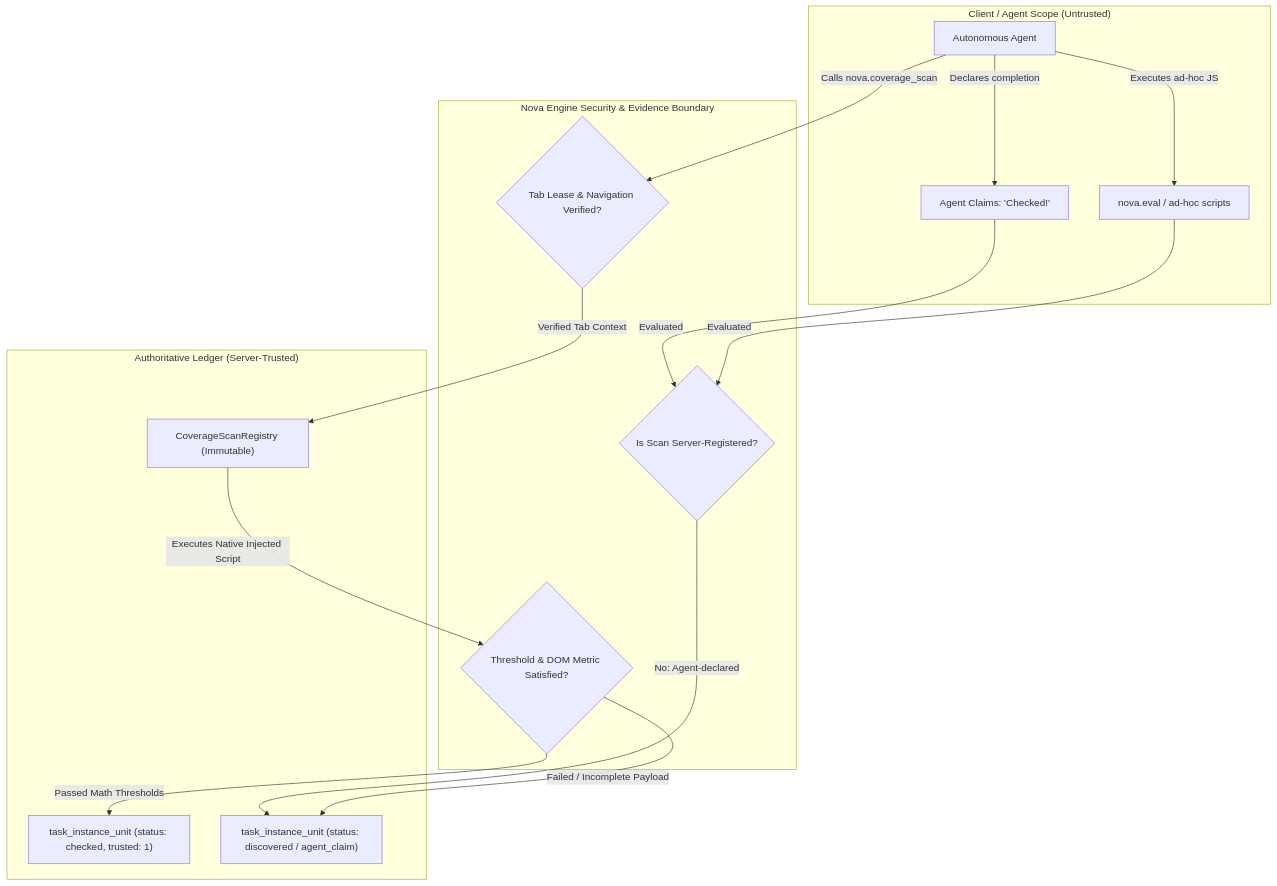
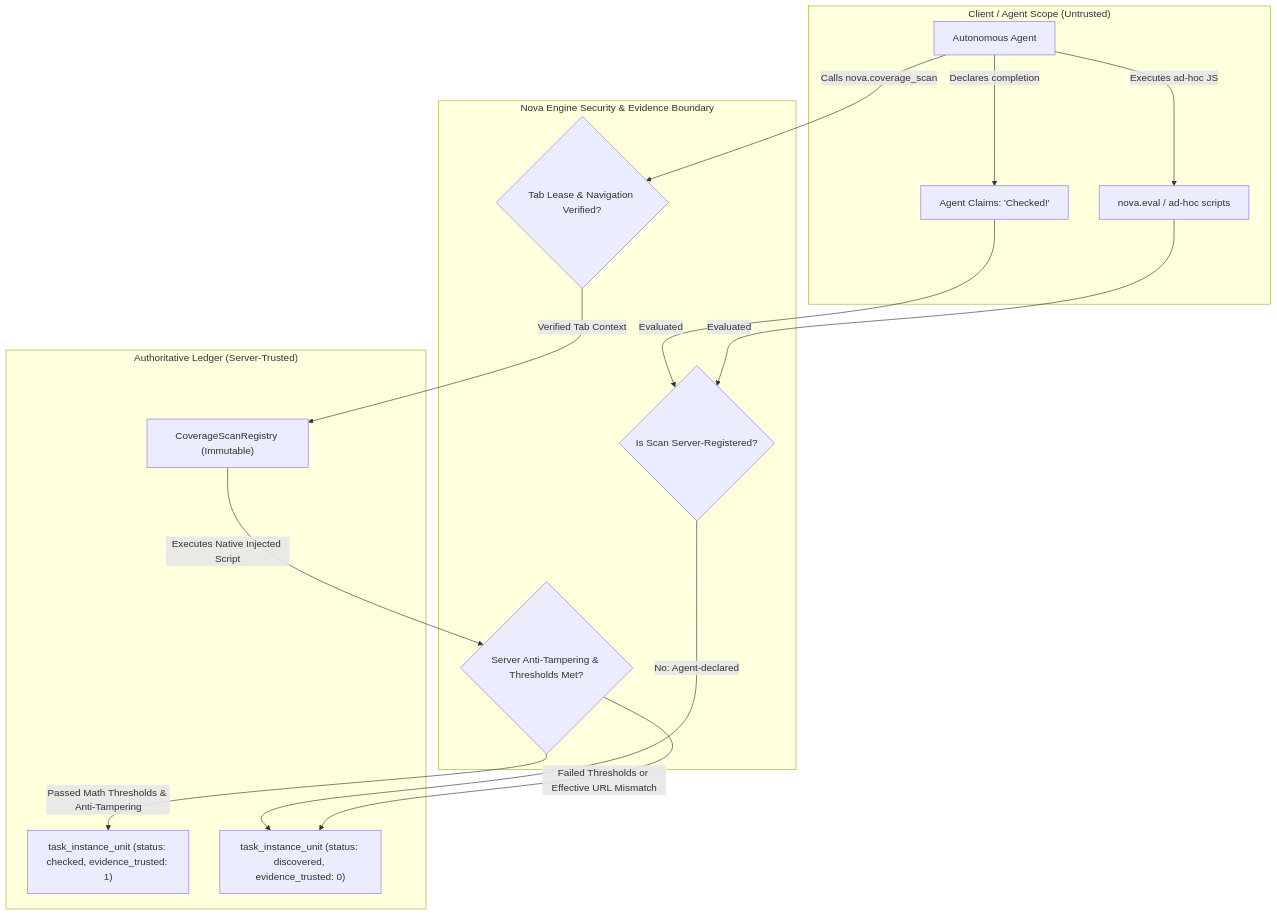
The first of 3 diagrams in docs/core-features/learning/task-url-coverage-tuc/evidence-and-scans.md (joelaniol/nova), drawn with Mermaid before and after one commit. The commit also changed other lines of this file and 9 other files, not shown here.

Commit message:
docs: fix LCJ formulas and LCJ/TOB diagrams

````diff
--- a/docs/core-features/learning/task-url-coverage-tuc/evidence-and-scans.md
+++ b/docs/core-features/learning/task-url-coverage-tuc/evidence-and-scans.md
@@ -27,33 +27,33 @@
 ```mermaid
 flowchart TD
     subgraph UntrustedZone["Client / Agent Scope (Untrusted)"]
         Agent["Autonomous Agent"]
         PromptClaim["Agent Claims: 'Checked!'"]
         GenericEval["nova.eval / ad-hoc scripts"]
     end
 
     subgraph TrustBoundary["Nova Engine Security & Evidence Boundary"]
         EvidenceGate{"Is Scan Server-Registered?"}
         TabLease{"Tab Lease & Navigation Verified?"}
-        PayloadMetric{"Threshold & DOM Metric Satisfied?"}
+        PayloadMetric{"Server Anti-Tampering & Thresholds Met?"}
     end
 
     subgraph TrustedZone["Authoritative Ledger (Server-Trusted)"]
         ScanRegistry["CoverageScanRegistry (Immutable)"]
-        TrustedUnit["task_instance_unit (status: checked, trusted: 1)"]
-        UntrustedUnit["task_instance_unit (status: discovered / agent_claim)"]
+        TrustedUnit["task_instance_unit (status: checked, evidence_trusted: 1)"]
+        UntrustedUnit["task_instance_unit (status: discovered, evidence_trusted: 0)"]
     end
 
     Agent -->|Declares completion| PromptClaim
     Agent -->|Executes ad-hoc JS| GenericEval
     PromptClaim -->|Evaluated| EvidenceGate
     GenericEval -->|Evaluated| EvidenceGate
 
     EvidenceGate -->|No: Agent-declared| UntrustedUnit
 
     Agent -->|Calls nova.coverage_scan| TabLease
     TabLease -->|Verified Tab Context| ScanRegistry
     ScanRegistry -->|Executes Native Injected Script| PayloadMetric
-    PayloadMetric -->|Passed Math Thresholds| TrustedUnit
-    PayloadMetric -->|Failed / Incomplete Payload| UntrustedUnit
+    PayloadMetric -->|Passed Math Thresholds & Anti-Tampering| TrustedUnit
+    PayloadMetric -->|Failed Thresholds or Effective URL Mismatch| UntrustedUnit
 ```
````
